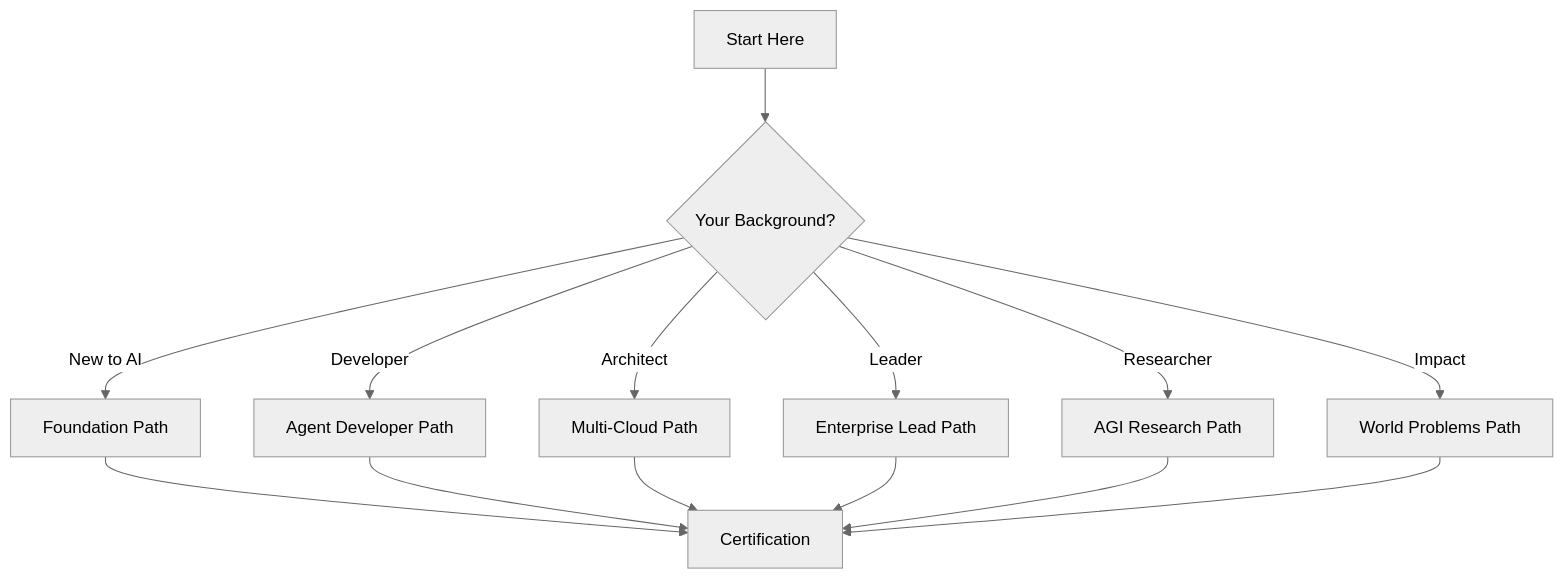
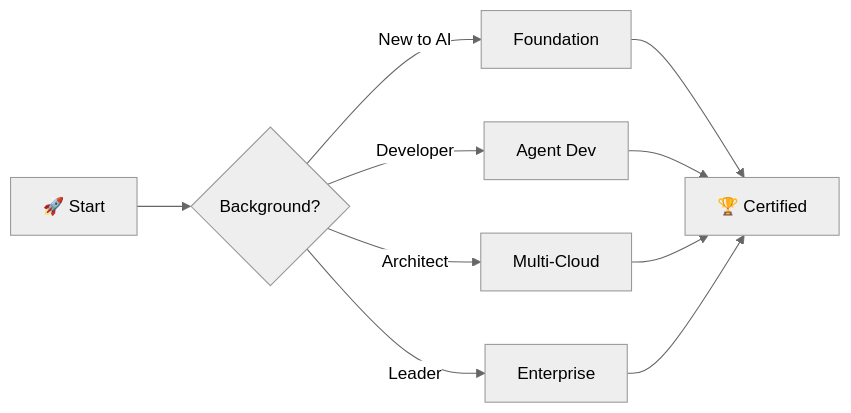
Before and after one commit to frankxai/ai-architect-academy: the diagram in README.md, drawn with Mermaid (neutral theme). The commit also changed other lines of this file, not shown here.

First line of the commit message:
feat: redesign README with visual-first Architecture Gallery

````diff
--- a/README.md
+++ b/README.md
@@ -254,17 +401,12 @@
 ```mermaid
-graph TD
-    A[Start Here] --> B{Your Background?}
-    B -->|New to AI| C[Foundation Path]
-    B -->|Developer| D[Agent Developer Path]
-    B -->|Architect| E[Multi-Cloud Path]
-    B -->|Leader| F[Enterprise Lead Path]
-    B -->|Researcher| G[AGI Research Path]
-    B -->|Impact| H[World Problems Path]
-
-    C --> I[Certification]
-    D --> I
-    E --> I
-    F --> I
-    G --> I
-    H --> I
+graph LR
+    A[🚀 Start] --> B{Background?}
+    B -->|New to AI| C[Foundation]
+    B -->|Developer| D[Agent Dev]
+    B -->|Architect| E[Multi-Cloud]
+    B -->|Leader| F[Enterprise]
+    C --> G[🏆 Certified]
+    D --> G
+    E --> G
+    F --> G
 ```
````
